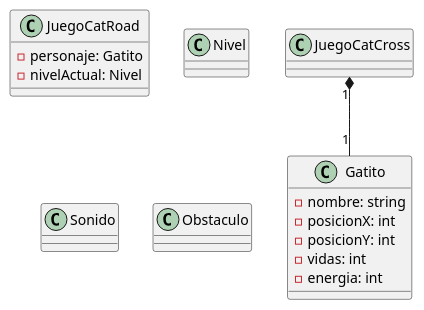
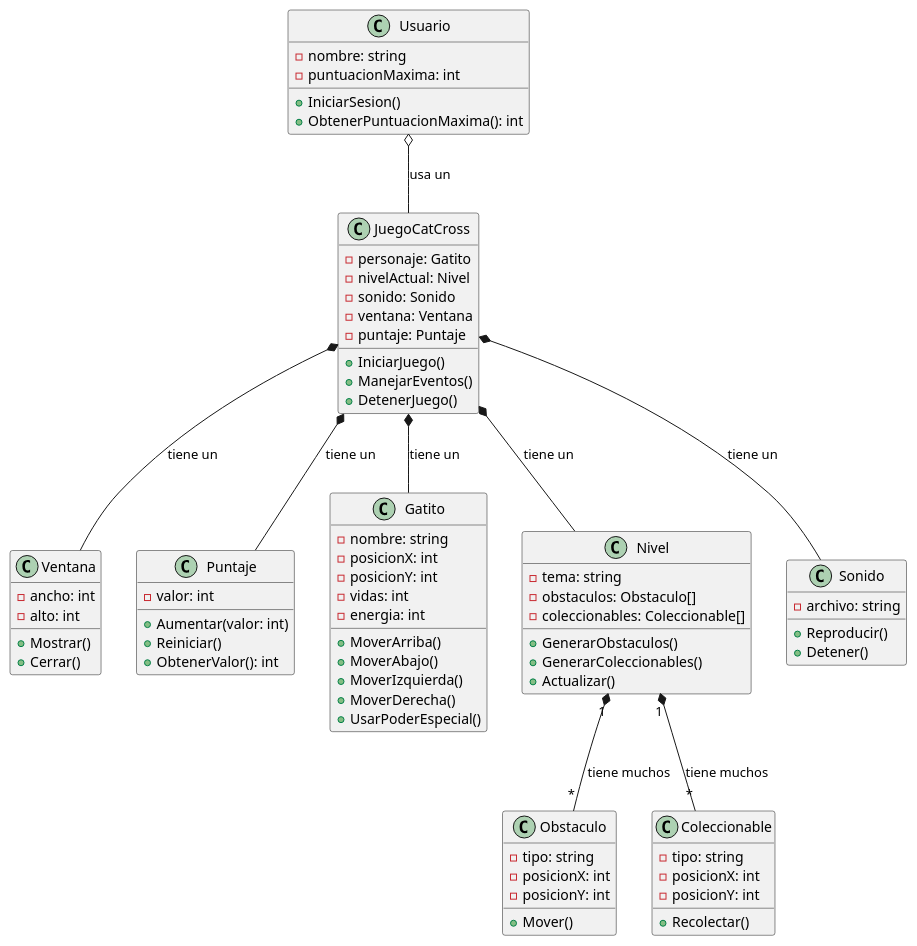
Before and after one commit to JulietaPadilla/CatRoad: the diagram in docs/diagrama.puml, drawn with PlantUML.

Commit message:
Se agrego el diseño de clases inicial

```diff
--- a/docs/diagrama.puml
+++ b/docs/diagrama.puml
@@ -1,31 +1,86 @@
 @startuml diagrama
 
-class JuegoCatRoad {
+class Usuario {
+    - nombre: string
+    - puntuacionMaxima: int
+    + IniciarSesion()
+    + ObtenerPuntuacionMaxima(): int
+}
+
+class Ventana {
+    - ancho: int
+    - alto: int
+    + Mostrar()
+    + Cerrar()
+}
+
+class Puntaje {
+    - valor: int
+    + Aumentar(valor: int)
+    + Reiniciar()
+    + ObtenerValor(): int
+}
+
+class JuegoCatCross {
     - personaje: Gatito
-    - nivelActual: Nivel 
+    - nivelActual: Nivel
+    - sonido: Sonido
+    - ventana: Ventana
+    - puntaje: Puntaje
+    + IniciarJuego()
+    + ManejarEventos()
+    + DetenerJuego()
 }
 
 class Gatito {
     - nombre: string
     - posicionX: int
     - posicionY: int
     - vidas: int
     - energia: int
-    
+    + MoverArriba()
+    + MoverAbajo()
+    + MoverIzquierda()
+    + MoverDerecha()
+    + UsarPoderEspecial()
 }
 
-class Nivel{
-
+class Nivel {
+    - tema: string
+    - obstaculos: Obstaculo[]
+    - coleccionables: Coleccionable[]
+    + GenerarObstaculos()
+    + GenerarColeccionables()
+    + Actualizar()
 }
 
-class Sonido{
-
+class Sonido {
+    - archivo: string
+    + Reproducir()
+    + Detener()
 }
 
 class Obstaculo {
-    
+    - tipo: string
+    - posicionX: int
+    - posicionY: int
+    + Mover()
 }
-JuegoCatCross "1" *-- "1" Gatito
 
+class Coleccionable {
+    - tipo: string
+    - posicionX: int
+    - posicionY: int
+    + Recolectar()
+}
 
-@enduml 
+JuegoCatCross *-- Gatito : tiene un
+JuegoCatCross *-- Nivel : tiene un
+JuegoCatCross *-- Sonido : tiene un
+JuegoCatCross *-- Ventana : tiene un
+JuegoCatCross *-- Puntaje : tiene un
+Usuario o-- JuegoCatCross : usa un
+Nivel "1" *-- "*" Obstaculo : tiene muchos
+Nivel "1" *-- "*" Coleccionable : tiene muchos
+
+@enduml
```
